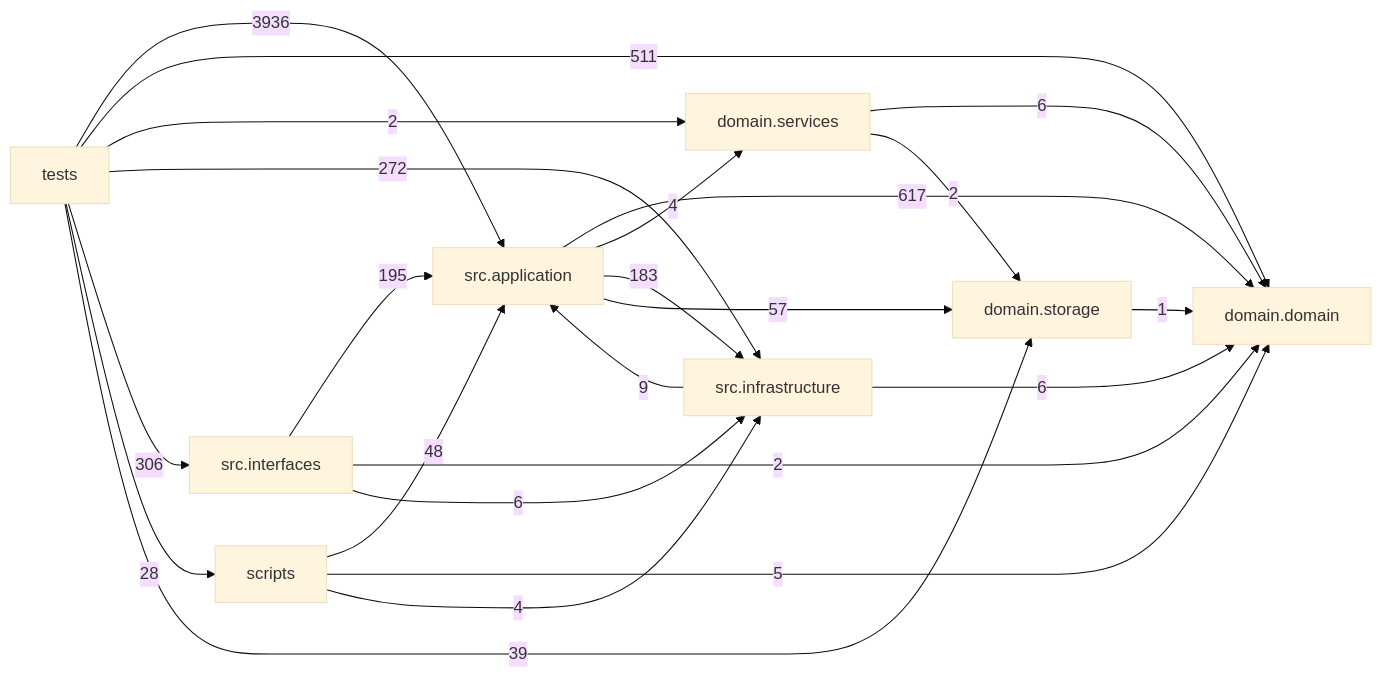
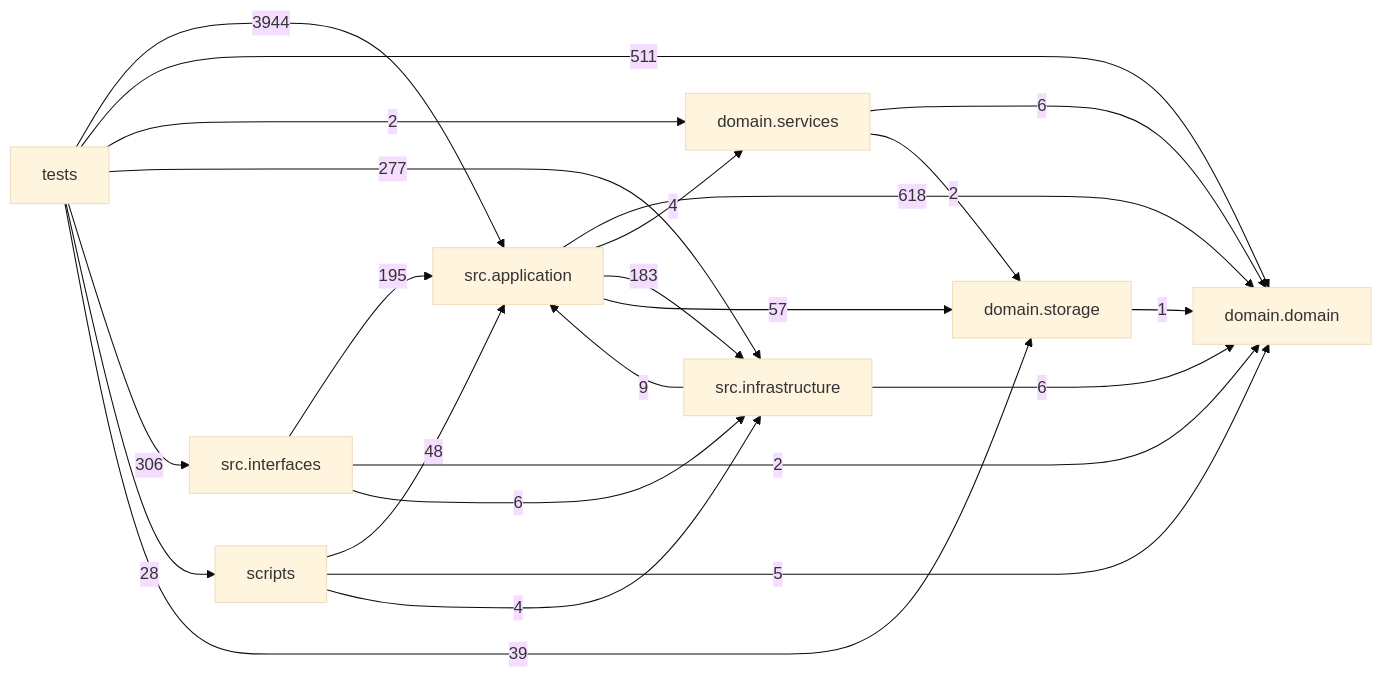
Before and after one commit to liuxie066/options-monitor: the diagram in docs/DEPENDENCY_GRAPH.md, drawn with Mermaid (base theme). The commit also changed other lines of this file and 12 other files, not shown here.

````diff
--- a/docs/DEPENDENCY_GRAPH.md
+++ b/docs/DEPENDENCY_GRAPH.md
@@ -24,33 +24,33 @@
 ```mermaid
 flowchart LR
   tests["tests"]
   scripts["scripts"]
   interfaces["src.interfaces"]
   application["src.application"]
   infrastructure["src.infrastructure"]
   domain_services["domain.services"]
   domain["domain.domain"]
   storage["domain.storage"]
-  application -->|617| domain
+  application -->|618| domain
   application -->|4| domain_services
   application -->|183| infrastructure
   application -->|57| storage
   domain_services -->|6| domain
   domain_services -->|2| storage
   infrastructure -->|9| application
   infrastructure -->|6| domain
   interfaces -->|195| application
   interfaces -->|2| domain
   interfaces -->|6| infrastructure
   scripts -->|48| application
   scripts -->|5| domain
   scripts -->|4| infrastructure
   storage -->|1| domain
-  tests -->|3936| application
+  tests -->|3944| application
   tests -->|511| domain
   tests -->|2| domain_services
-  tests -->|272| infrastructure
+  tests -->|277| infrastructure
   tests -->|306| interfaces
   tests -->|28| scripts
   tests -->|39| storage
 ```
````
